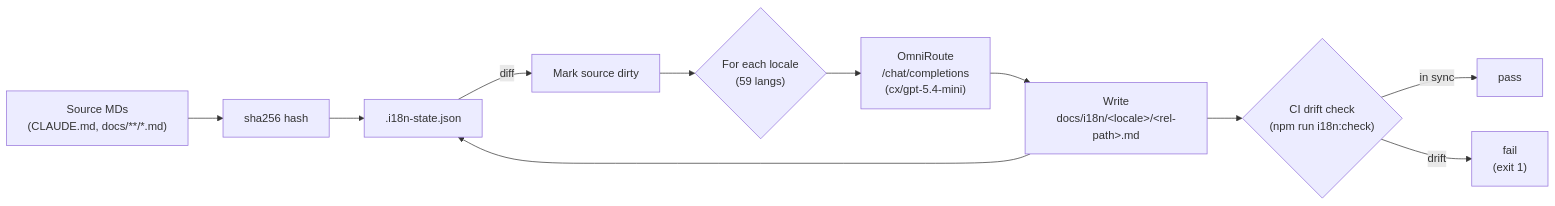
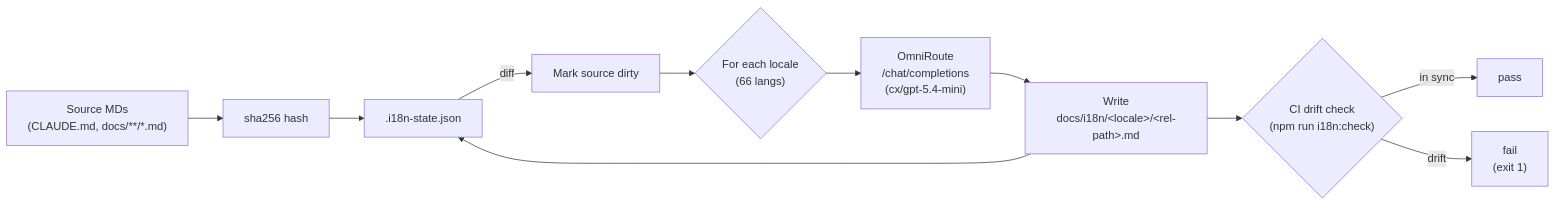
Before and after one commit to niyatna/NiyatnaRoute: the diagram in docs/diagrams/i18n-flow.mmd, drawn with Mermaid. The commit also changed 1584 other files, not shown here.

```diff
--- a/docs/diagrams/i18n-flow.mmd
+++ b/docs/diagrams/i18n-flow.mmd
@@ -1,14 +1,14 @@
 %% Incremental hash-based i18n pipeline
 %% Reflects: scripts/i18n/* and docs/i18n/<locale>/*.md mirror layout
 %% v3.8.0
 flowchart LR
   Src["Source MDs<br/>(CLAUDE.md, docs/**/*.md)"] --> Hash["sha256 hash"]
   Hash --> State[".i18n-state.json"]
   State -->|diff| Dirty["Mark source dirty"]
-  Dirty --> Loop{"For each locale<br/>(59 langs)"}
+  Dirty --> Loop{"For each locale<br/>(66 langs)"}
   Loop --> LLM["OmniRoute<br/>/chat/completions<br/>(cx/gpt-5.4-mini)"]
   LLM --> Target["Write<br/>docs/i18n/&lt;locale&gt;/&lt;rel-path&gt;.md"]
   Target --> State
   Target --> CI{"CI drift check<br/>(npm run i18n:check)"}
   CI -->|in sync| Pass["pass"]
   CI -->|drift| Fail["fail<br/>(exit 1)"]
```
